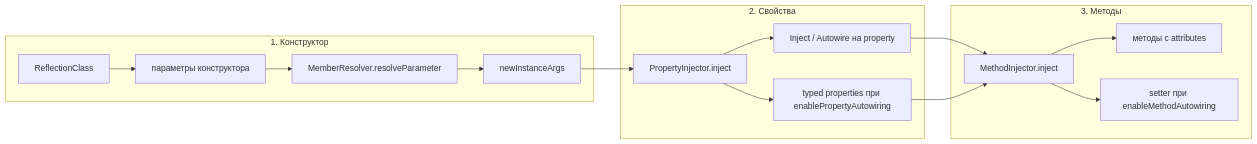
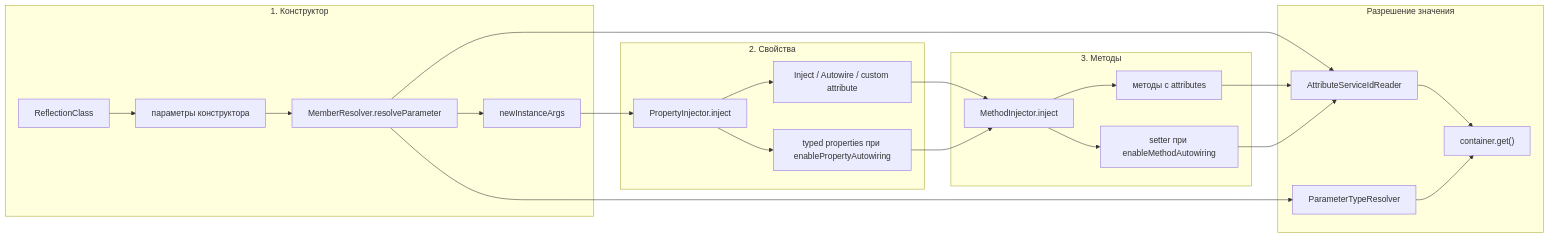
Before and after one commit to cloudcastle-apps/di: the fourth of 22 diagrams in wiki/Architecture.md, drawn with Mermaid. The commit also changed other lines of this file and 92 other files, not shown here.

First line of the commit message:
feat: ContainerConfigurator и registerAttribute (v1.5.0)

````diff
--- a/wiki/Architecture.md
+++ b/wiki/Architecture.md
@@ -156,30 +204,42 @@
 ```mermaid
 flowchart LR
     subgraph step1 [1. Конструктор]
         RC[ReflectionClass]
         Params[параметры конструктора]
         MR1[MemberResolver.resolveParameter]
         New[newInstanceArgs]
     end
 
     subgraph step2 [2. Свойства]
         PI[PropertyInjector.inject]
-        AttrP[Inject / Autowire на property]
+        AttrP[Inject / Autowire / custom attribute]
         TypedP[typed properties при enablePropertyAutowiring]
     end
 
     subgraph step3 [3. Методы]
         MI[MethodInjector.inject]
         AttrM[методы с attributes]
         SetM[setter при enableMethodAutowiring]
     end
 
+    subgraph resolve [Разрешение значения]
+        ASIR[AttributeServiceIdReader]
+        PTR[ParameterTypeResolver]
+        GET["container.get()"]
+    end
+
     RC --> Params --> MR1 --> New
+    MR1 --> ASIR
+    MR1 --> PTR
+    ASIR --> GET
+    PTR --> GET
     New --> PI
     PI --> AttrP
     PI --> TypedP
     AttrP --> MI
     TypedP --> MI
     MI --> AttrM
     MI --> SetM
+    AttrM --> ASIR
+    SetM --> ASIR
 ```
````
